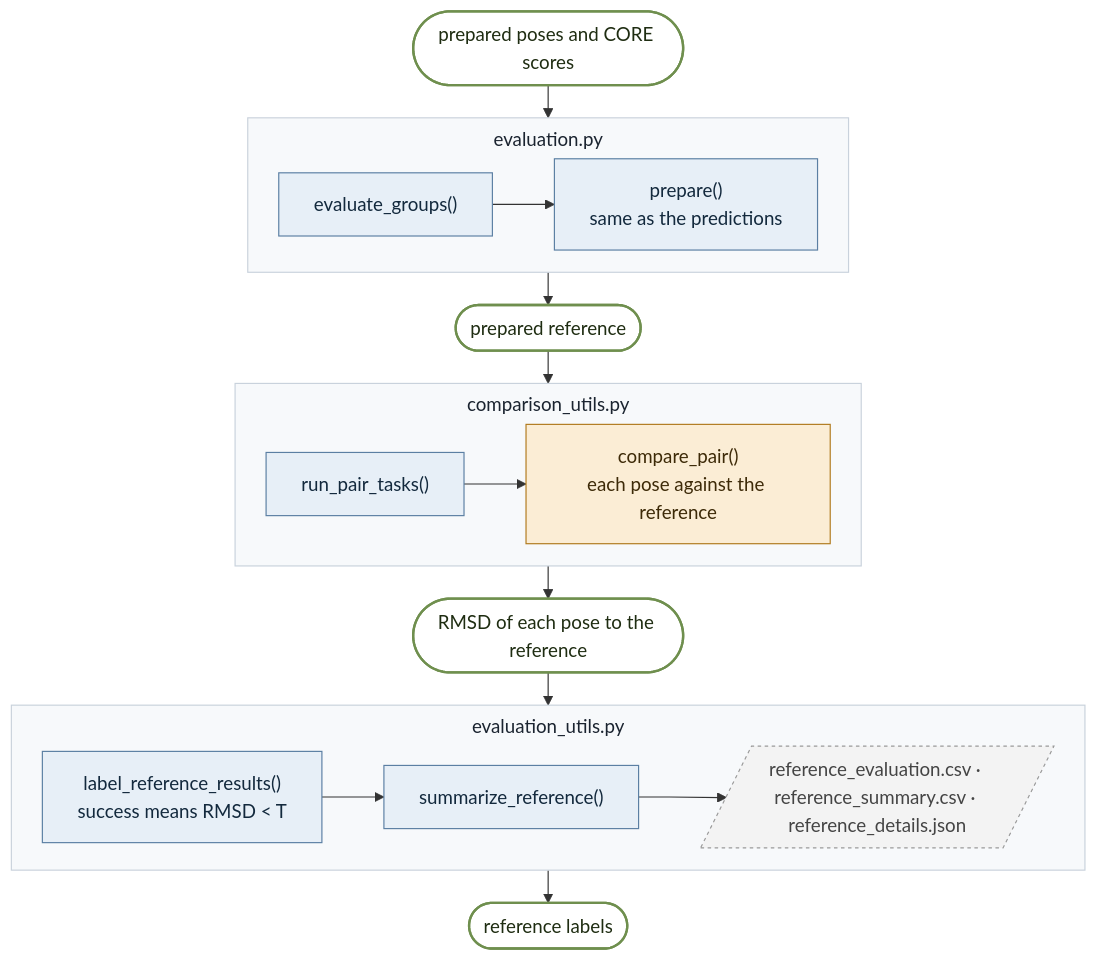
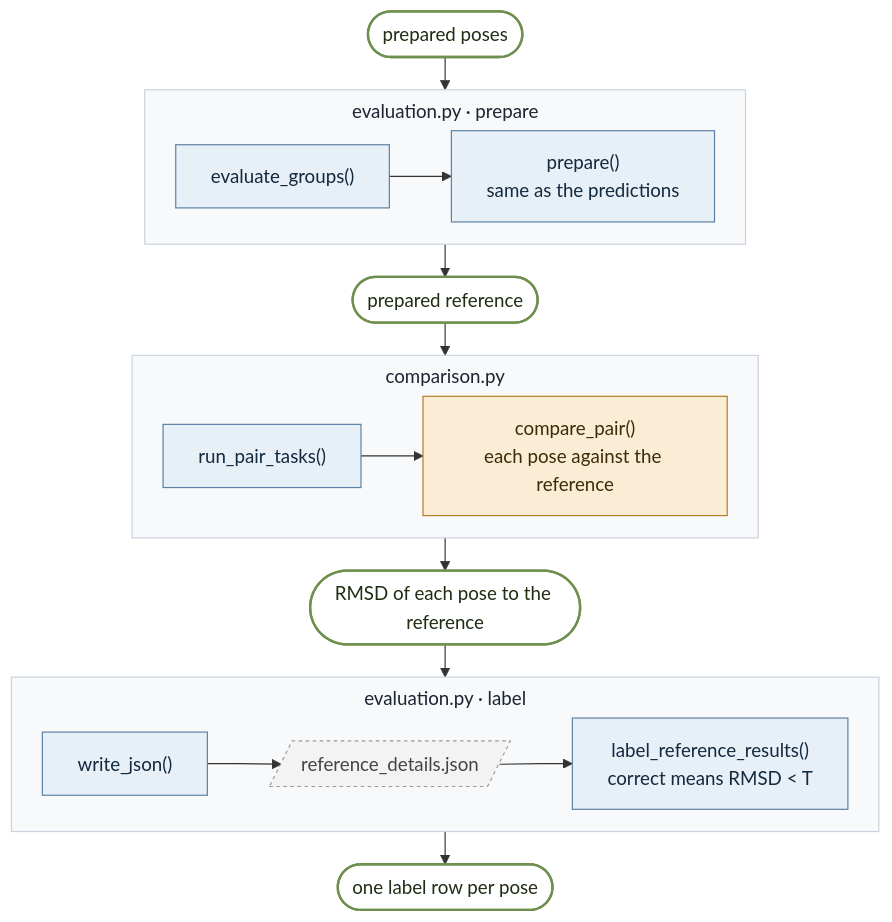
The eighth of 9 diagrams in docs/code-map.md (James-Broster/core-score), drawn with Mermaid before and after one commit. The commit also changed other lines of this file and 17 other files, not shown here.

First line of the commit message:
Write the results a user reads, and move the rest to details/

````diff
--- a/docs/code-map.md
+++ b/docs/code-map.md
@@ -351,33 +348,33 @@
 ```mermaid
 %%{init: {"flowchart": {"curve": "linear", "nodeSpacing": 18, "rankSpacing": 28, "subGraphTitleMargin": {"top": 6, "bottom": 10}}}}%%
 flowchart TB
     classDef fn fill:#e7eff7,stroke:#5b7fa3,color:#13293d
     classDef ost fill:#fbedd5,stroke:#b07a1e,color:#3d2a08
     classDef data fill:#ffffff,stroke:#6f8f4e,color:#1f2d12,stroke-width:2px
     classDef file fill:#f3f3f3,stroke:#9a9a9a,color:#444,stroke-dasharray:3 3
     classDef stage fill:#f7f9fb,stroke:#c9d2dc,color:#1b2430
 
-    start(["prepared poses and CORE scores"]):::data
+    start(["prepared poses"]):::data
 
-    subgraph E1["evaluation.py"]
+    subgraph E1["evaluation.py · prepare"]
         direction LR
         a1["evaluate_groups()"]:::fn --> a2["prepare()<br/>same as the predictions"]:::fn
     end
     d1(["prepared reference"]):::data
 
-    subgraph E2["comparison_utils.py"]
+    subgraph E2["comparison.py"]
         direction LR
         b1["run_pair_tasks()"]:::fn --> b2["compare_pair()<br/>each pose against the reference"]:::ost
     end
     d2(["RMSD of each pose to the reference"]):::data
 
-    subgraph E3["evaluation_utils.py"]
+    subgraph E3["evaluation.py · label"]
         direction LR
-        c1["label_reference_results()<br/>success means RMSD < T"]:::fn --> c2["summarize_reference()"]:::fn --> c3[/"reference_evaluation.csv · reference_summary.csv · reference_details.json"/]:::file
+        c1["write_json()"]:::fn --> c2[/"reference_details.json"/]:::file --> c3["label_reference_results()<br/>correct means RMSD < T"]:::fn
     end
-    d3(["reference labels"]):::data
+    d3(["one label row per pose"]):::data
 
     start --> E1 --> d1 --> E2 --> d2 --> E3 --> d3
 
     class E1,E2,E3 stage
 ```
````
